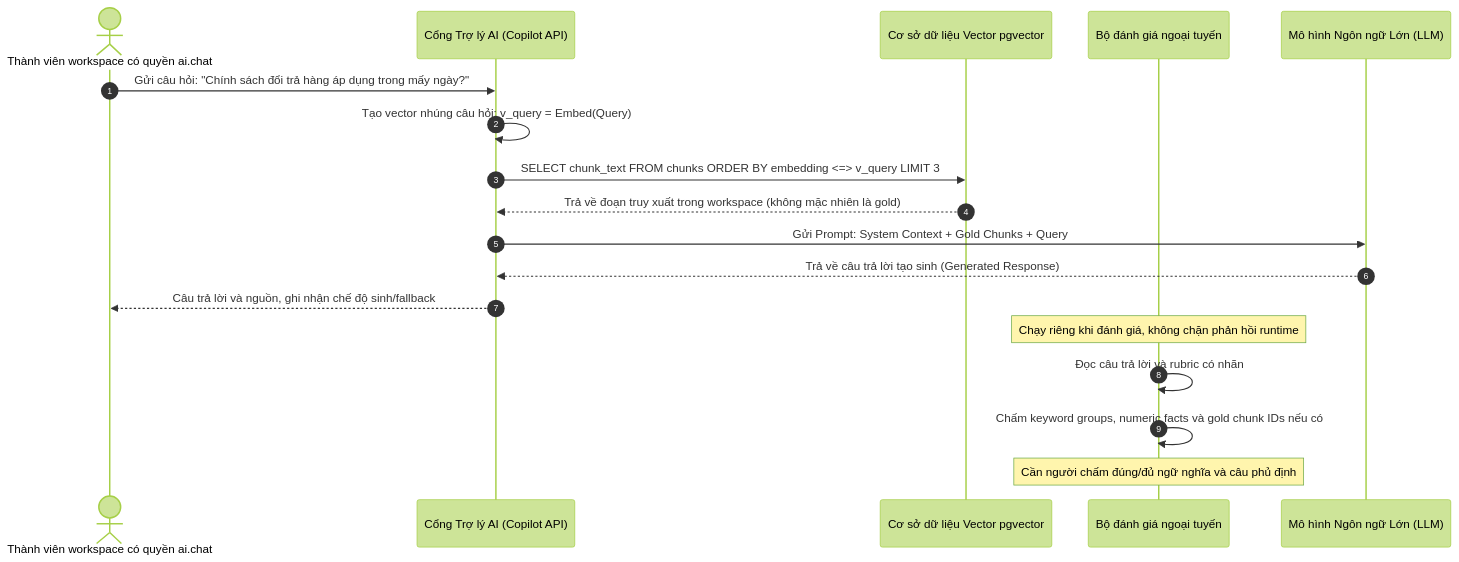
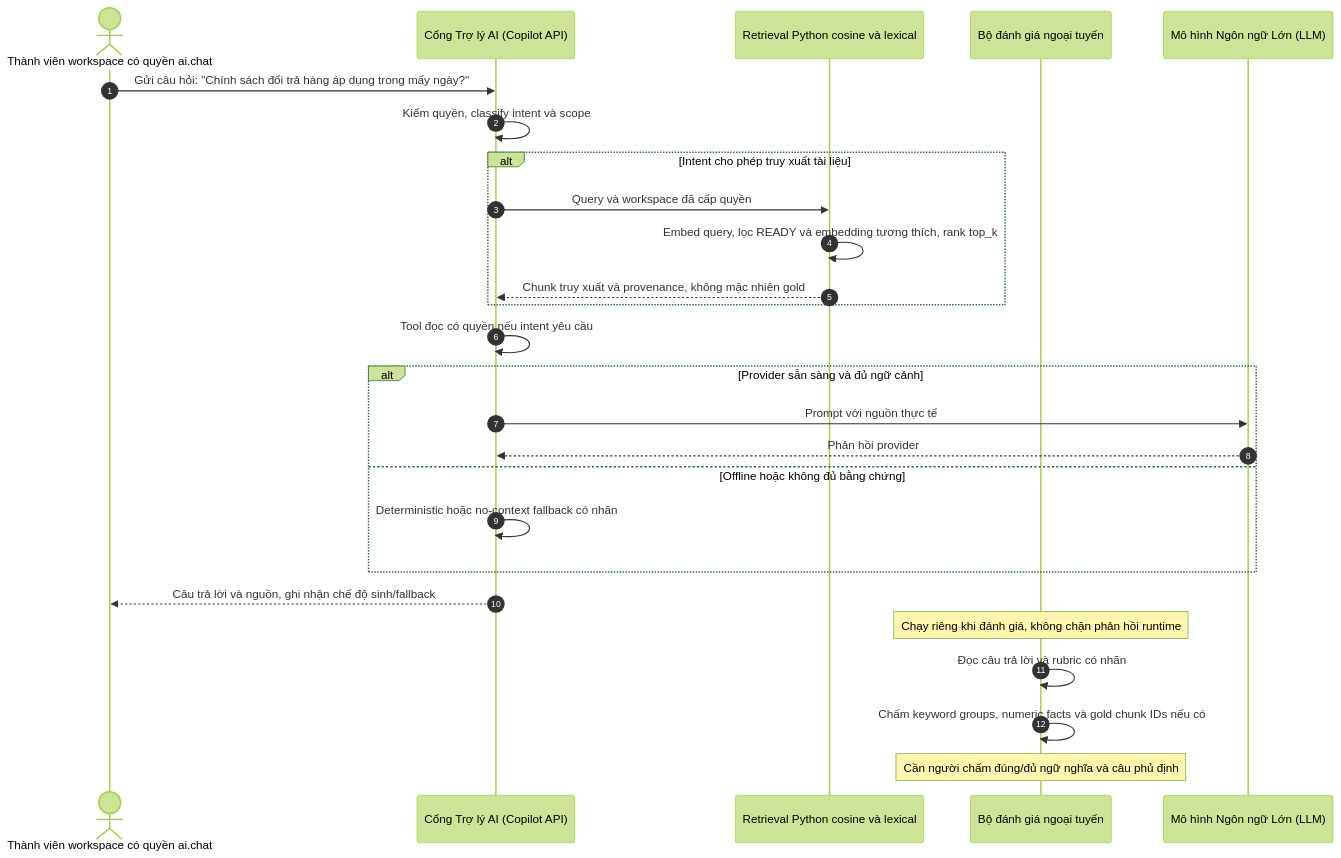
The fourth of 5 diagrams in docs/THUYET_MINH_DO_AN_CHUONG_3_4_5.md (tienpp1/alphatech), drawn with Mermaid (forest theme) before and after one commit. The commit also changed other lines of this file and 15 other files, not shown here.

````diff
--- a/docs/THUYET_MINH_DO_AN_CHUONG_3_4_5.md
+++ b/docs/THUYET_MINH_DO_AN_CHUONG_3_4_5.md
@@ -301,21 +296,29 @@
 ```mermaid
 sequenceDiagram
     autonumber
     actor User as Thành viên workspace có quyền ai.chat
     participant ChatAPI as Cổng Trợ lý AI (Copilot API)
-    participant pgvector as Cơ sở dữ liệu Vector pgvector
+    participant Retrieval as Retrieval Python cosine và lexical
     participant Evaluation as Bộ đánh giá ngoại tuyến
     participant LLM as Mô hình Ngôn ngữ Lớn (LLM)
 
     User->>ChatAPI: Gửi câu hỏi: "Chính sách đổi trả hàng áp dụng trong mấy ngày?"
-    ChatAPI->>ChatAPI: Tạo vector nhúng câu hỏi: v_query = Embed(Query)
-    ChatAPI->>pgvector: SELECT chunk_text FROM chunks ORDER BY embedding <=> v_query LIMIT 3
-    pgvector-->>ChatAPI: Trả về đoạn truy xuất trong workspace (không mặc nhiên là gold)
-    ChatAPI->>LLM: Gửi Prompt: System Context + Gold Chunks + Query
-    LLM-->>ChatAPI: Trả về câu trả lời tạo sinh (Generated Response)
+    ChatAPI->>ChatAPI: Kiểm quyền, classify intent và scope
+    alt Intent cho phép truy xuất tài liệu
+        ChatAPI->>Retrieval: Query và workspace đã cấp quyền
+        Retrieval->>Retrieval: Embed query, lọc READY và embedding tương thích, rank top_k
+        Retrieval-->>ChatAPI: Chunk truy xuất và provenance, không mặc nhiên gold
+    end
+    ChatAPI->>ChatAPI: Tool đọc có quyền nếu intent yêu cầu
+    alt Provider sẵn sàng và đủ ngữ cảnh
+        ChatAPI->>LLM: Prompt với nguồn thực tế
+        LLM-->>ChatAPI: Phản hồi provider
+    else Offline hoặc không đủ bằng chứng
+        ChatAPI->>ChatAPI: Deterministic hoặc no-context fallback có nhãn
+    end
     ChatAPI-->>User: Câu trả lời và nguồn, ghi nhận chế độ sinh/fallback
     Note over Evaluation: Chạy riêng khi đánh giá, không chặn phản hồi runtime
     Evaluation->>Evaluation: Đọc câu trả lời và rubric có nhãn
     Evaluation->>Evaluation: Chấm keyword groups, numeric facts và gold chunk IDs nếu có
     Note over Evaluation: Cần người chấm đúng/đủ ngữ nghĩa và câu phủ định
 ```
````
